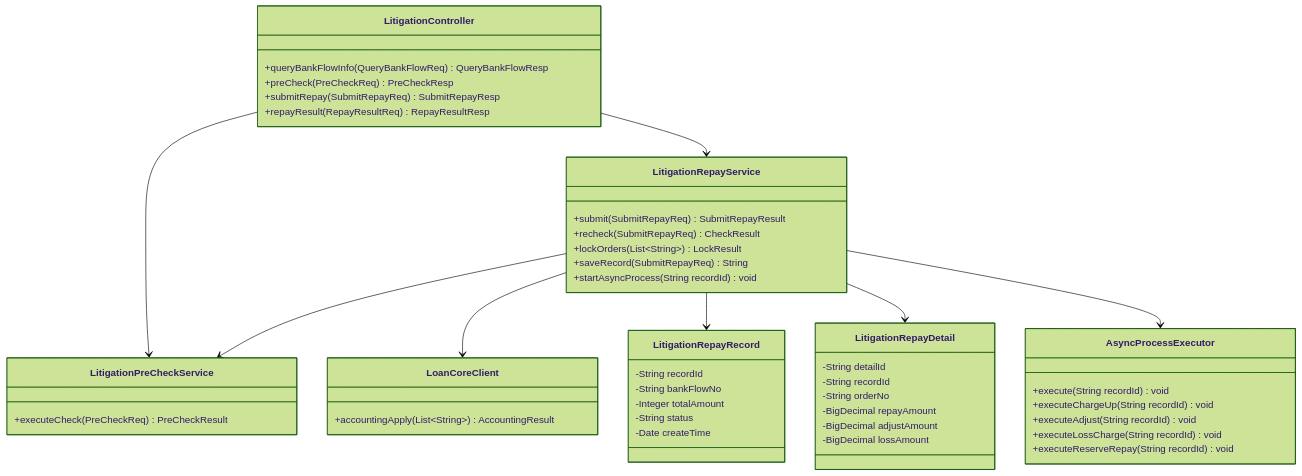
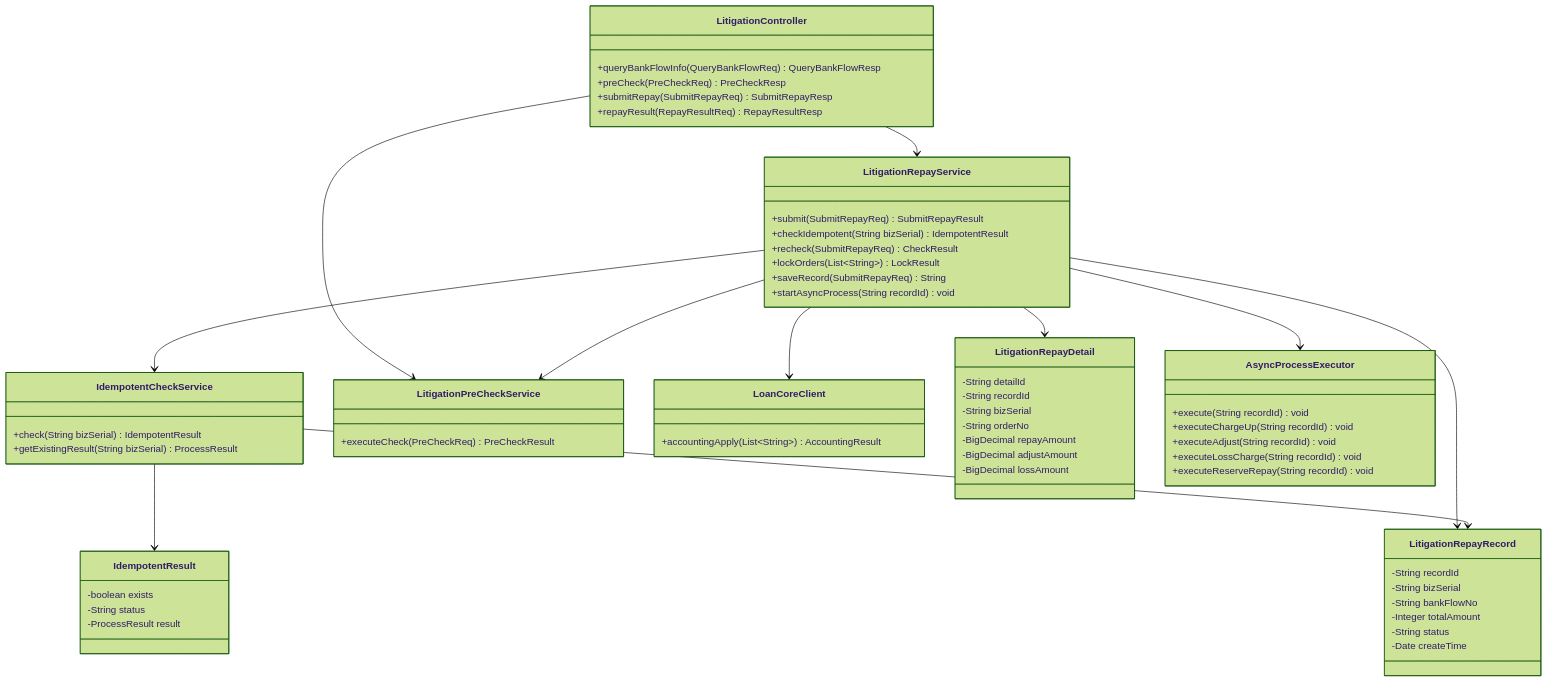
The sixth of 13 diagrams in shuhe/workspace/accountingoperation/iteration/202502-法诉自动入账/详细设计-AO系统.md (topson-cn/obsidian_note), drawn with Mermaid (forest theme) before and after one commit. The commit also changed other lines of this file and 246 other files, not shown here.

````diff
--- a/shuhe/workspace/accountingoperation/iteration/202502-法诉自动入账/详细设计-AO系统.md
+++ b/shuhe/workspace/accountingoperation/iteration/202502-法诉自动入账/详细设计-AO系统.md
@@ -640,58 +1282,75 @@
 ```mermaid
 classDiagram
     class LitigationController {
         +queryBankFlowInfo(QueryBankFlowReq) QueryBankFlowResp
         +preCheck(PreCheckReq) PreCheckResp
         +submitRepay(SubmitRepayReq) SubmitRepayResp
         +repayResult(RepayResultReq) RepayResultResp
     }
 
     class LitigationRepayService {
         +submit(SubmitRepayReq) SubmitRepayResult
+        +checkIdempotent(String bizSerial) IdempotentResult
         +recheck(SubmitRepayReq) CheckResult
         +lockOrders(List~String~) LockResult
         +saveRecord(SubmitRepayReq) String
         +startAsyncProcess(String recordId) void
+    }
+
+    class IdempotentCheckService {
+        +check(String bizSerial) IdempotentResult
+        +getExistingResult(String bizSerial) ProcessResult
     }
 
     class LitigationPreCheckService {
         +executeCheck(PreCheckReq) PreCheckResult
     }
 
     class LoanCoreClient {
         +accountingApply(List~String~) AccountingResult
     }
 
     class LitigationRepayRecord {
         -String recordId
+        -String bizSerial
         -String bankFlowNo
         -Integer totalAmount
         -String status
         -Date createTime
     }
 
     class LitigationRepayDetail {
         -String detailId
         -String recordId
+        -String bizSerial
         -String orderNo
         -BigDecimal repayAmount
         -BigDecimal adjustAmount
         -BigDecimal lossAmount
     }
 
     class AsyncProcessExecutor {
         +execute(String recordId) void
         +executeChargeUp(String recordId) void
         +executeAdjust(String recordId) void
         +executeLossCharge(String recordId) void
         +executeReserveRepay(String recordId) void
     }
 
+    class IdempotentResult {
+        -boolean exists
+        -String status
+        -ProcessResult result
+    }
+
     LitigationController --> LitigationRepayService
     LitigationController --> LitigationPreCheckService
+    LitigationRepayService --> IdempotentCheckService
     LitigationRepayService --> LitigationPreCheckService
     LitigationRepayService --> LoanCoreClient
     LitigationRepayService --> LitigationRepayRecord
     LitigationRepayService --> LitigationRepayDetail
     LitigationRepayService --> AsyncProcessExecutor
+    IdempotentCheckService --> IdempotentResult
+    IdempotentCheckService --> LitigationRepayRecord
 ```
````
